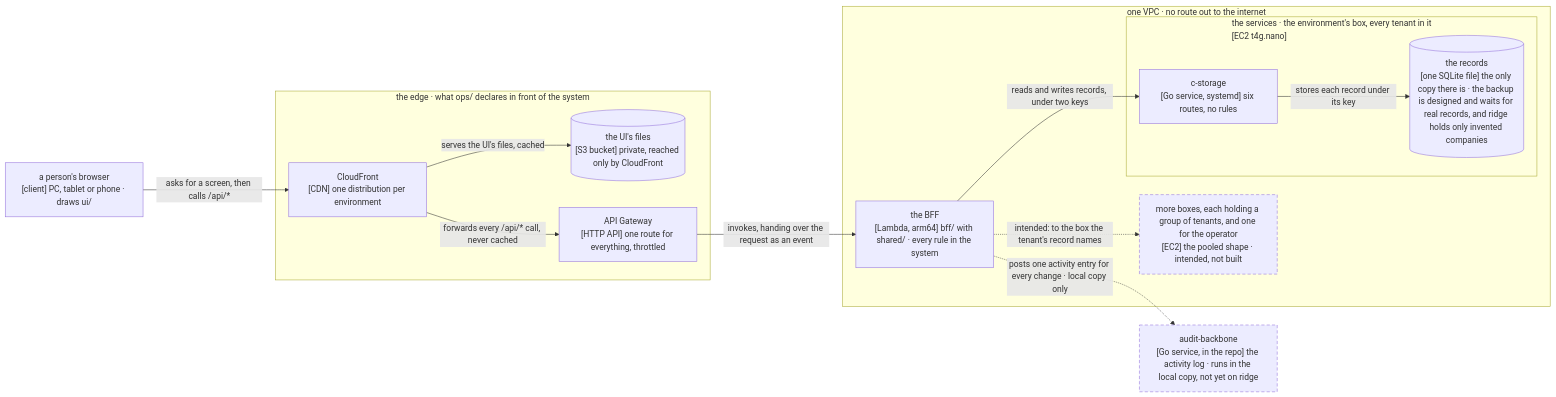
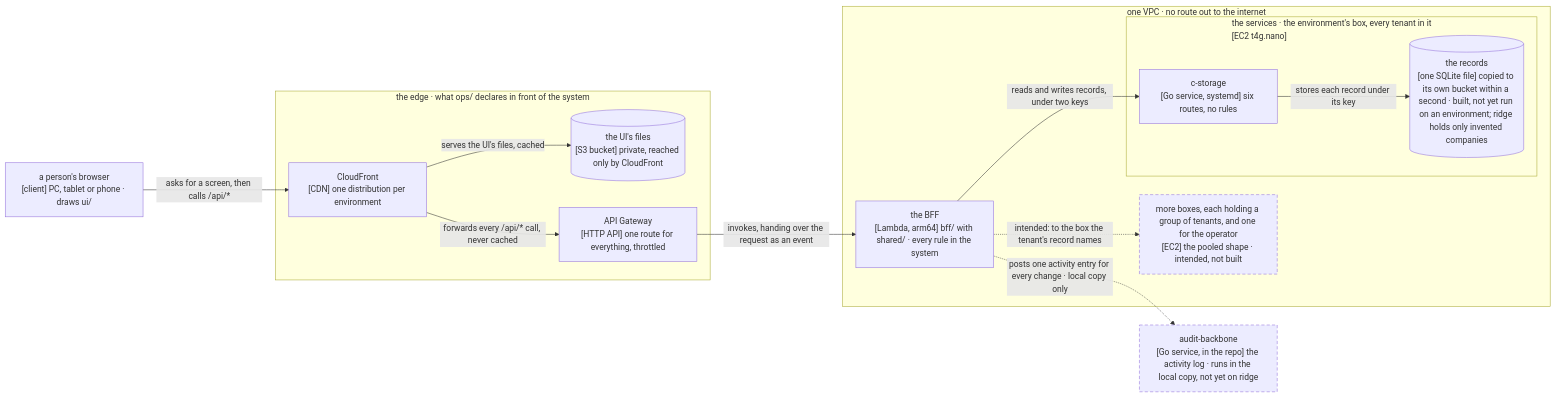
The diagram in docs/architecture.md (ancJ29/credo), drawn with Mermaid before and after one commit. The commit also changed 7 other files, not shown here.

Commit message:
docs(continuous-copy): the prose says the store's copy is built and not yet run; step 6 ticked

````diff
--- a/docs/architecture.md
+++ b/docs/architecture.md
@@ -20,28 +20,28 @@
 ```mermaid
 flowchart LR
   browser["a person's browser<br/>[client] PC, tablet or phone · draws ui/"]
   subgraph edge["the edge · what ops/ declares in front of the system"]
     cdn["CloudFront<br/>[CDN] one distribution per environment"]
     s3[("the UI's files<br/>[S3 bucket] private, reached only by CloudFront")]
     api["API Gateway<br/>[HTTP API] one route for everything, throttled"]
   end
   subgraph vpc["one VPC · no route out to the internet"]
     bff["the BFF<br/>[Lambda, arm64] bff/ with shared/ · every rule in the system"]
     subgraph box["the services · the environment's box, every tenant in it<br/>[EC2 t4g.nano]"]
       cs["c-storage<br/>[Go service, systemd] six routes, no rules"]
-      db[("the records<br/>[one SQLite file] the only copy there is · the backup is designed and waits for real records, and ridge holds only invented companies")]
+      db[("the records<br/>[one SQLite file] copied to its own bucket within a second · built, not yet run on an environment; ridge holds only invented companies")]
     end
     more["more boxes, each holding a group of tenants, and one for the operator<br/>[EC2] the pooled shape · intended, not built"]
   end
   ab["audit-backbone<br/>[Go service, in the repo] the activity log · runs in the local copy, not yet on ridge"]
   browser -- "asks for a screen, then calls /api/*" --> cdn
   cdn -- "serves the UI's files, cached" --> s3
   cdn -- "forwards every /api/* call, never cached" --> api
   api -- "invokes, handing over the request as an event" --> bff
   bff -- "reads and writes records, under two keys" --> cs
   cs -- "stores each record under its key" --> db
   bff -. "posts one activity entry for every change · local copy only" .-> ab
   bff -. "intended: to the box the tenant's record names" .-> more
   classDef intended stroke-dasharray: 6 4
   class ab,more intended
 ```
````
